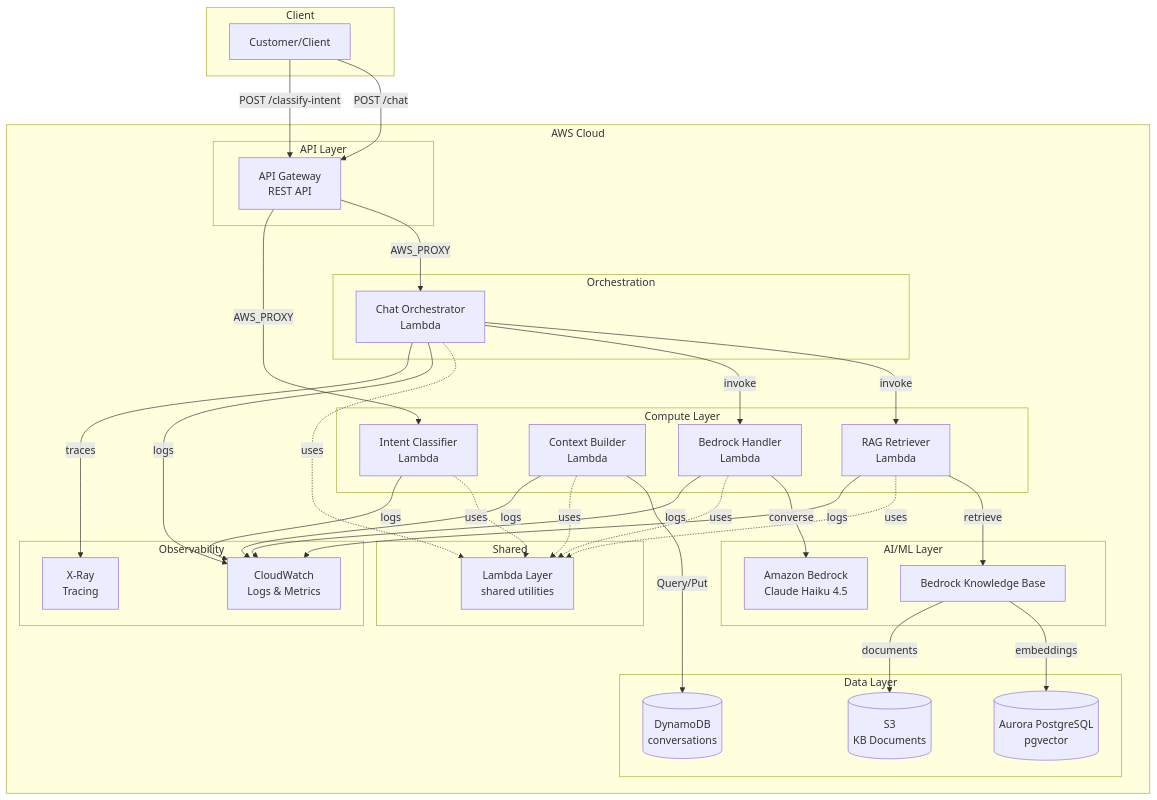
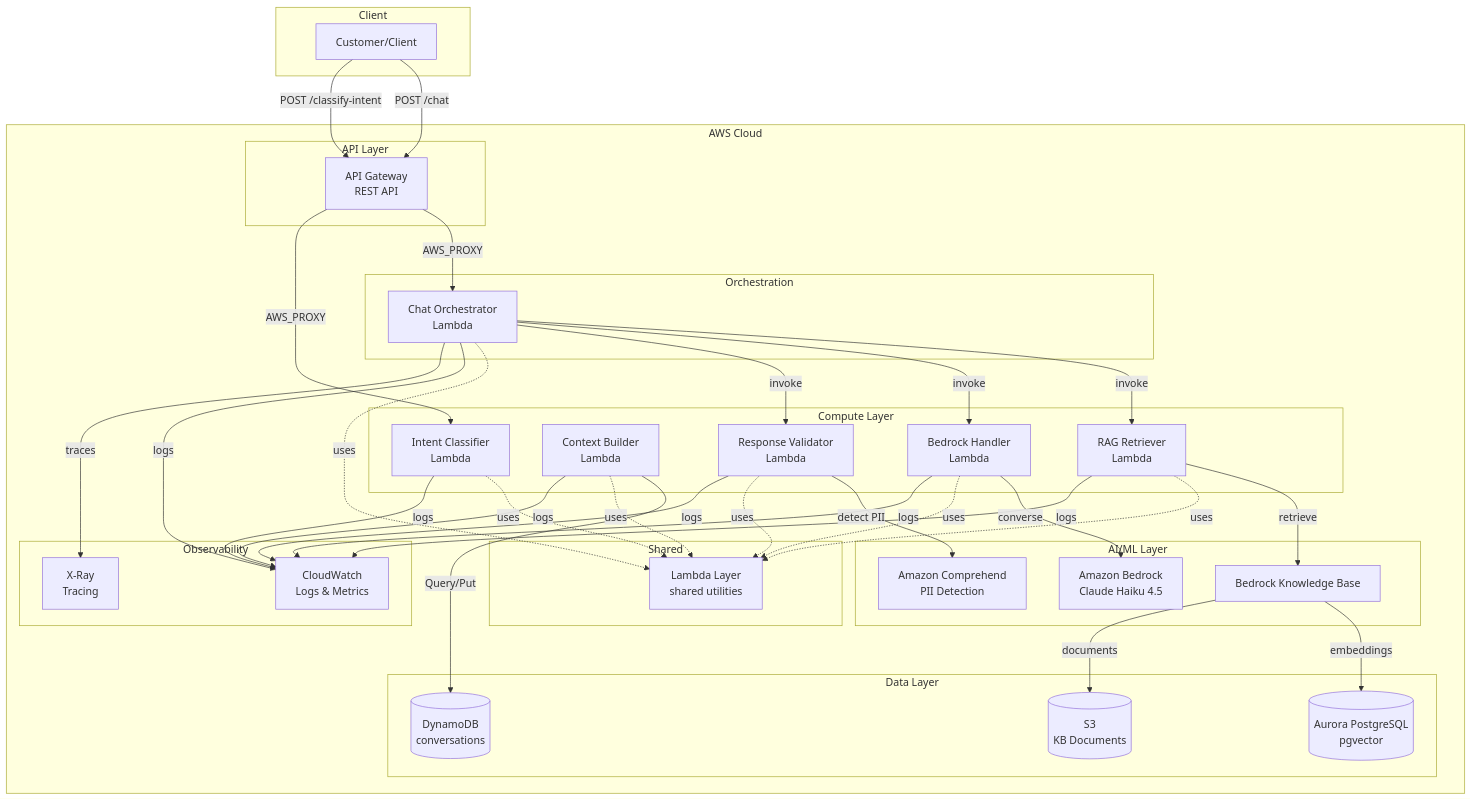
Before and after one commit to jujubear24/ai-customer-service-bot: the first of 9 diagrams in docs/architecture/system-design.md, drawn with Mermaid. The commit also changed other lines of this file and 3 other files, not shown here.

First line of the commit message:
docs(response-validator): add E2E tests and documentation

````diff
--- a/docs/architecture/system-design.md
+++ b/docs/architecture/system-design.md
@@ -31,66 +32,72 @@
 ```mermaid
 flowchart TB
     subgraph Client
         USER[Customer/Client]
     end
 
     subgraph AWS Cloud
         subgraph API Layer
             APIGW[API Gateway<br/>REST API]
         end
 
         subgraph Orchestration
             CO[Chat Orchestrator<br/>Lambda]
         end
 
         subgraph Compute Layer
             IC[Intent Classifier<br/>Lambda]
             CB[Context Builder<br/>Lambda]
             RR[RAG Retriever<br/>Lambda]
             BH[Bedrock Handler<br/>Lambda]
+            RV[Response Validator<br/>Lambda]
         end
 
         subgraph AI/ML Layer
             KB[Bedrock Knowledge Base]
             BEDROCK[Amazon Bedrock<br/>Claude Haiku 4.5]
+            COMPREHEND[Amazon Comprehend<br/>PII Detection]
         end
 
         subgraph Data Layer
             DDB[(DynamoDB<br/>conversations)]
             AURORA[(Aurora PostgreSQL<br/>pgvector)]
             S3[(S3<br/>KB Documents)]
         end
 
         subgraph Observability
             CW[CloudWatch<br/>Logs & Metrics]
             XRAY[X-Ray<br/>Tracing]
         end
 
         subgraph Shared
             LAYER[Lambda Layer<br/>shared utilities]
         end
     end
 
     USER -->|POST /chat| APIGW
     USER -->|POST /classify-intent| APIGW
     APIGW -->|AWS_PROXY| CO
     APIGW -->|AWS_PROXY| IC
     CO -->|invoke| RR
     CO -->|invoke| BH
+    CO -->|invoke| RV
     RR -->|retrieve| KB
     KB -->|embeddings| AURORA
     KB -->|documents| S3
     BH -->|converse| BEDROCK
+    RV -->|detect PII| COMPREHEND
     CB -->|Query/Put| DDB
     IC -.->|uses| LAYER
     CB -.->|uses| LAYER
     CO -.->|uses| LAYER
     RR -.->|uses| LAYER
     BH -.->|uses| LAYER
+    RV -.->|uses| LAYER
     CO -->|logs| CW
     RR -->|logs| CW
     BH -->|logs| CW
+    RV -->|logs| CW
     IC -->|logs| CW
     CB -->|logs| CW
     CO -->|traces| XRAY
 ```
````
